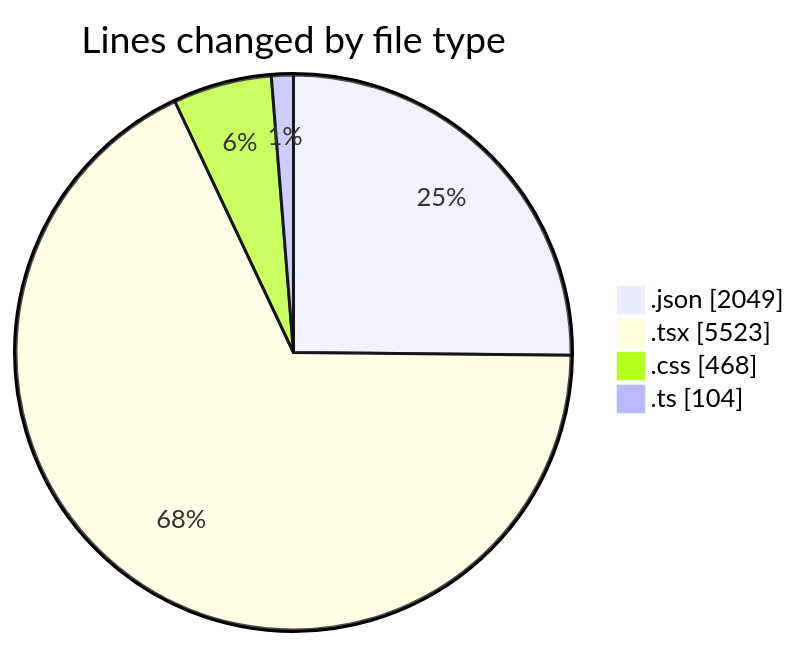
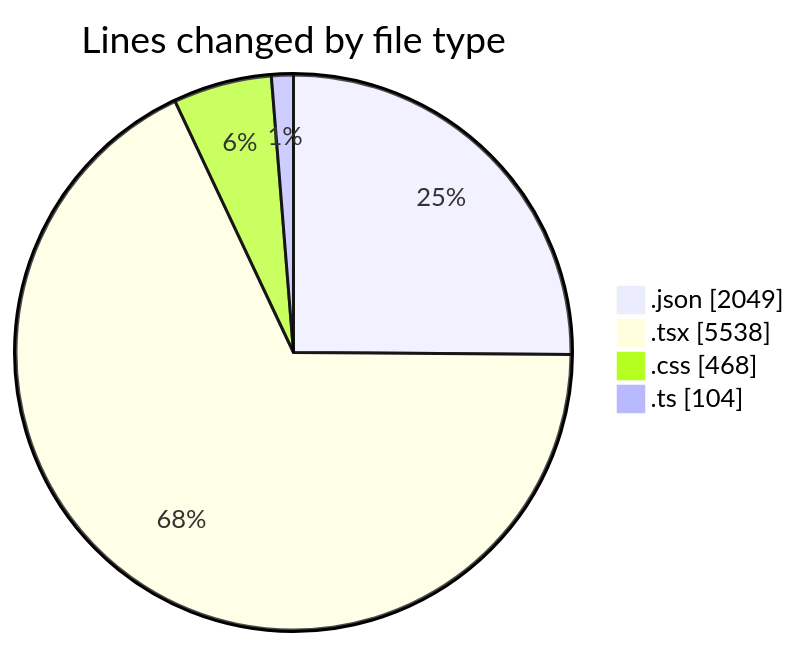
Before and after one commit to EIIisD/code-tracking: the first of 2 diagrams in 2025-08-14/ribbon/README.md, drawn with Mermaid. The commit also changed other lines of this file and 1 other file, not shown here.

````diff
--- a/2025-08-14/ribbon/README.md
+++ b/2025-08-14/ribbon/README.md
@@ -29,8 +29,8 @@
 ```mermaid
 pie showData
 title Lines changed by file type
 ".json" : 2049
-".tsx" : 5523
+".tsx" : 5538
 ".css" : 468
 ".ts" : 104
 ```
````
